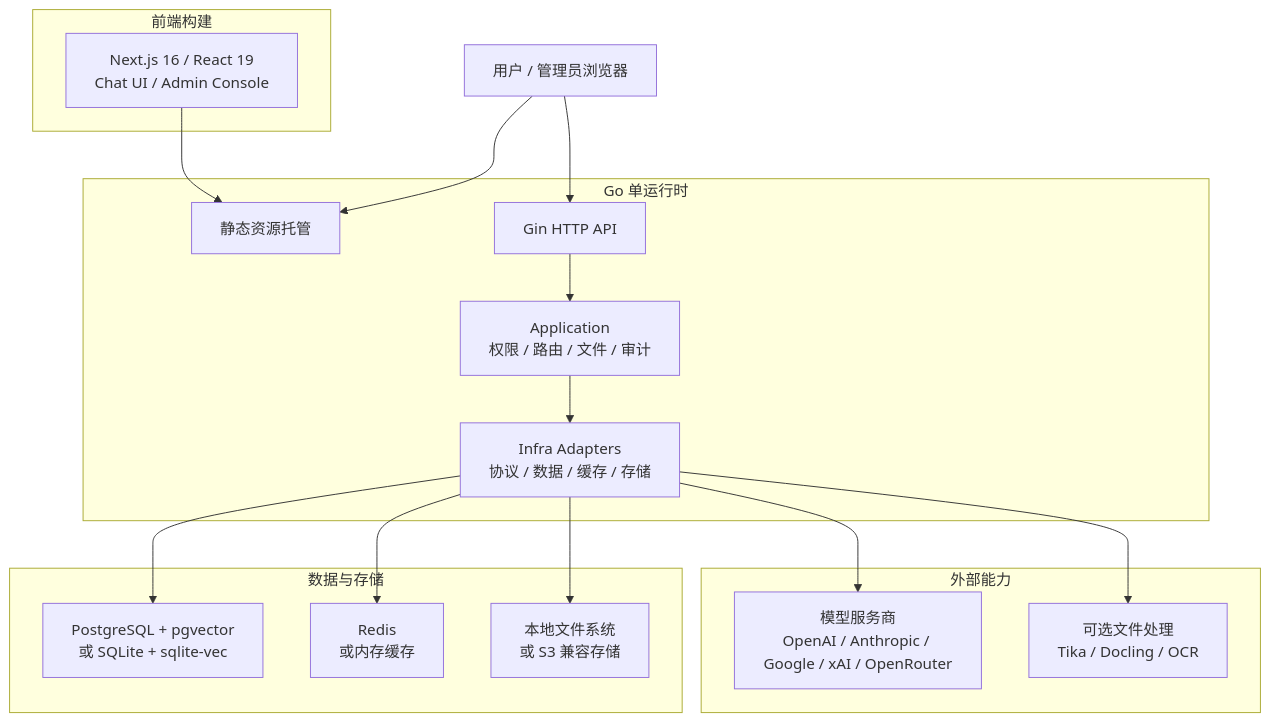
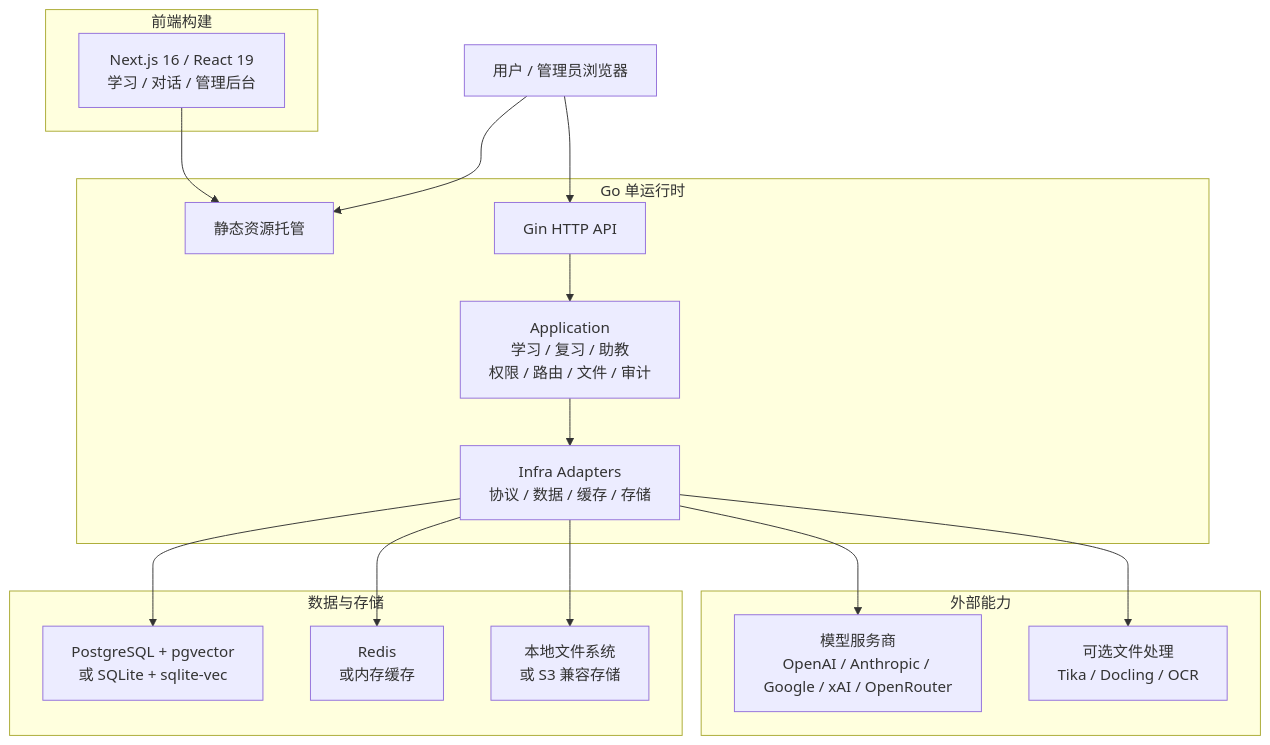
One commit to WangXingFan/CourseMate changed the diagram in docs/README.zh-CN.md. Above: the diagram before and after it, drawn with Mermaid. The commit also changed other lines of this file and 2 other files, not shown here.

````diff
--- a/docs/README.zh-CN.md
+++ b/docs/README.zh-CN.md
@@ -62,37 +73,37 @@
 ```mermaid
 flowchart TB
   Browser["用户 / 管理员浏览器"]
 
   subgraph Frontend["前端构建"]
-    Web["Next.js 16 / React 19<br/>Chat UI / Admin Console"]
+    Web["Next.js 16 / React 19<br/>学习 / 对话 / 管理后台"]
   end
 
   subgraph Backend["Go 单运行时"]
     Static["静态资源托管"]
     HTTP["Gin HTTP API"]
-    App["Application<br/>权限 / 路由 / 文件 / 审计"]
+    App["Application<br/>学习 / 复习 / 助教<br/>权限 / 路由 / 文件 / 审计"]
     Infra["Infra Adapters<br/>协议 / 数据 / 缓存 / 存储"]
   end
 
   subgraph External["外部能力"]
     Providers["模型服务商<br/>OpenAI / Anthropic / Google / xAI / OpenRouter"]
     Extractors["可选文件处理<br/>Tika / Docling / OCR"]
   end
 
   subgraph Data["数据与存储"]
     DB["PostgreSQL + pgvector<br/>或 SQLite + sqlite-vec"]
     Cache["Redis<br/>或内存缓存"]
     Storage["本地文件系统<br/>或 S3 兼容存储"]
   end
 
   Web --> Static
   Browser --> Static
   Browser --> HTTP
   HTTP --> App
   App --> Infra
   Infra --> Providers
   Infra --> Extractors
   Infra --> DB
   Infra --> Cache
   Infra --> Storage
 ```
````
